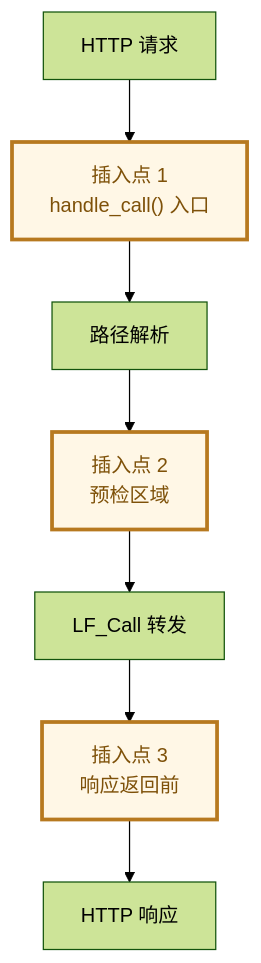
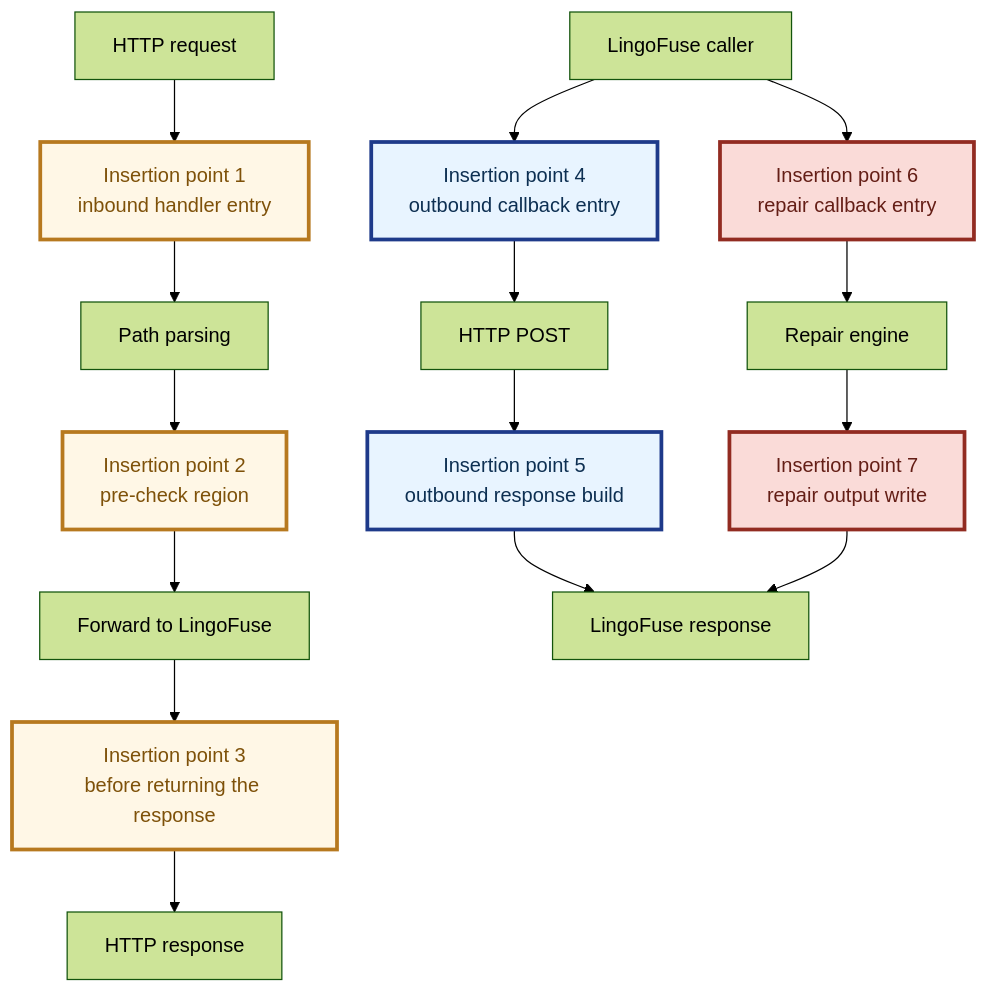
One commit to PassByYou888/LingoFuse changed diagram 20 of 20 in Py/lingofuse/Bridge_User_Guide.md. Above: the diagram before and after it, drawn with Mermaid (forest theme). The commit also changed other lines of this file, not shown here.

````diff
--- a/Py/lingofuse/Bridge_User_Guide.md
+++ b/Py/lingofuse/Bridge_User_Guide.md
@@ -950,13 +1288,27 @@
 ```mermaid
 flowchart TD
-    A["HTTP 请求"] --> P1["插入点 1<br/>handle_call() 入口"]
-    P1 --> B["路径解析"]
-    B --> P2["插入点 2<br/>预检区域"]
-    P2 --> C["LF_Call 转发"]
-    C --> P3["插入点 3<br/>响应返回前"]
-    P3 --> D["HTTP 响应"]
+    A["HTTP request"] --> P1["Insertion point 1<br/>inbound handler entry"]
+    P1 --> B["Path parsing"]
+    B --> P2["Insertion point 2<br/>pre-check region"]
+    P2 --> C["Forward to LingoFuse"]
+    C --> P3["Insertion point 3<br/>before returning the response"]
+    P3 --> D["HTTP response"]
+
+    LFC["LingoFuse caller"] --> P4["Insertion point 4<br/>outbound callback entry"]
+    P4 --> PostReq["HTTP POST"]
+    PostReq --> P5["Insertion point 5<br/>outbound response build"]
+    P5 --> LFR["LingoFuse response"]
+
+    LFC --> P6["Insertion point 6<br/>repair callback entry"]
+    P6 --> Rep["Repair engine"]
+    Rep --> P7["Insertion point 7<br/>repair output write"]
+    P7 --> LFR
 
     style P1 fill:#FFF7E6,stroke:#B7791F,stroke-width:3px,color:#7E5109
     style P2 fill:#FFF7E6,stroke:#B7791F,stroke-width:3px,color:#7E5109
     style P3 fill:#FFF7E6,stroke:#B7791F,stroke-width:3px,color:#7E5109
+    style P4 fill:#E8F4FF,stroke:#1E3A8A,stroke-width:3px,color:#0D2F52
+    style P5 fill:#E8F4FF,stroke:#1E3A8A,stroke-width:3px,color:#0D2F52
+    style P6 fill:#FADBD8,stroke:#922B21,stroke-width:3px,color:#641E16
+    style P7 fill:#FADBD8,stroke:#922B21,stroke-width:3px,color:#641E16
 ```
````
